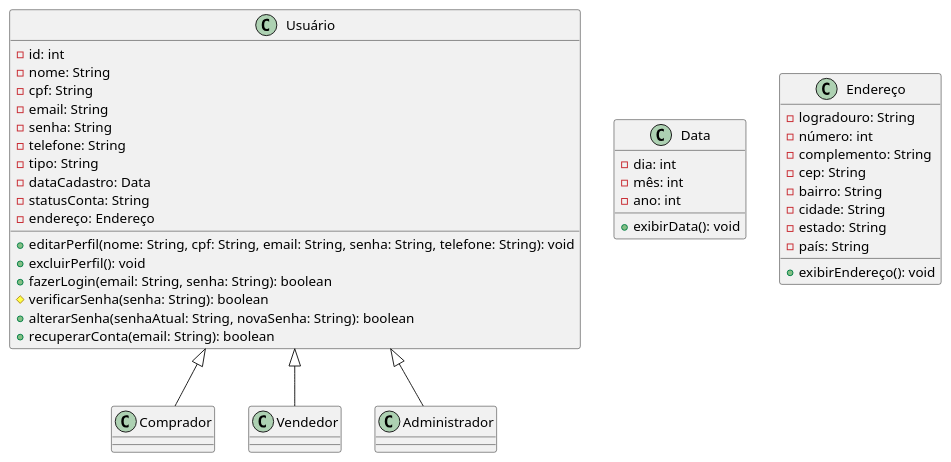
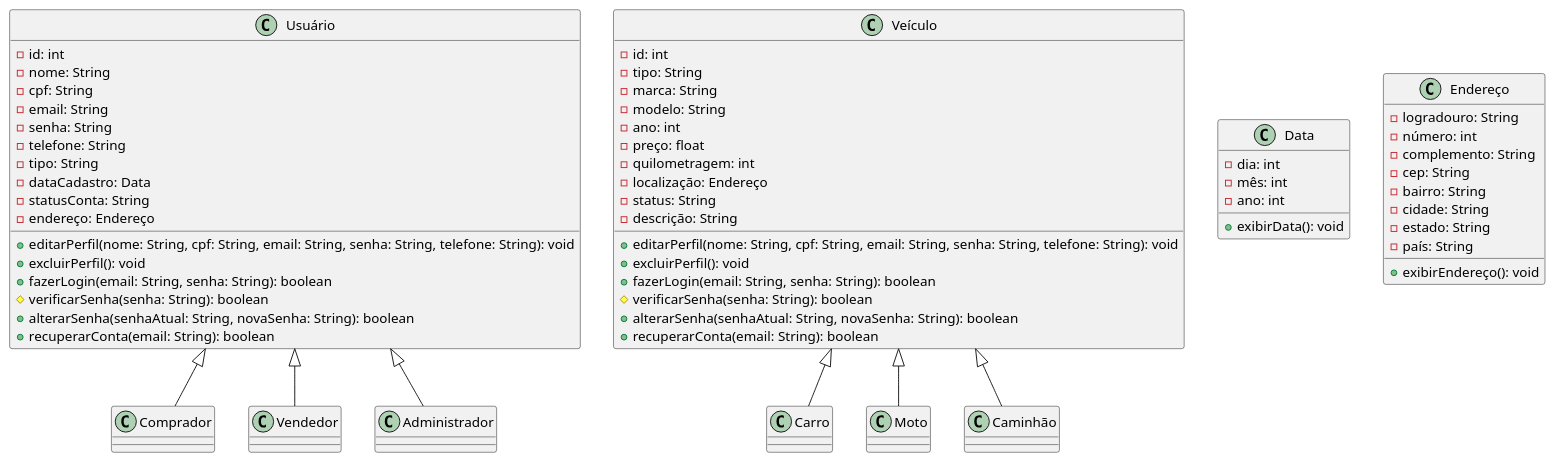
Before and after one commit to guilhermeoliveirateo/sistema-compra-venda-veiculos: the diagram in classes.md, drawn with PlantUML.

```diff
--- a/classes.md
+++ b/classes.md
@@ -46,6 +46,40 @@
 Usuário <|-- Vendedor
 Usuário <|-- Administrador
 
+class Veículo {
+-id: int
+-tipo: String
+-marca: String
+-modelo: String
+-ano: int
+-preço: float
+-quilometragem: int
+-localização: Endereço
+-status: String
+-descrição: String
+
++editarPerfil(nome: String, cpf: String, email: String, senha: String, telefone: String): void
++excluirPerfil(): void
++fazerLogin(email: String, senha: String): boolean
+#verificarSenha(senha: String): boolean
++alterarSenha(senhaAtual: String, novaSenha: String): boolean
++recuperarConta(email: String): boolean
+
+}
+
+class Carro {
+}
+
+class Moto {
+}
+
+class Caminhão {
+}
+
+Veículo <|-- Carro
+Veículo <|-- Moto
+Veículo <|-- Caminhão
+
 class Data {
 -dia: int
 -mês: int
```
